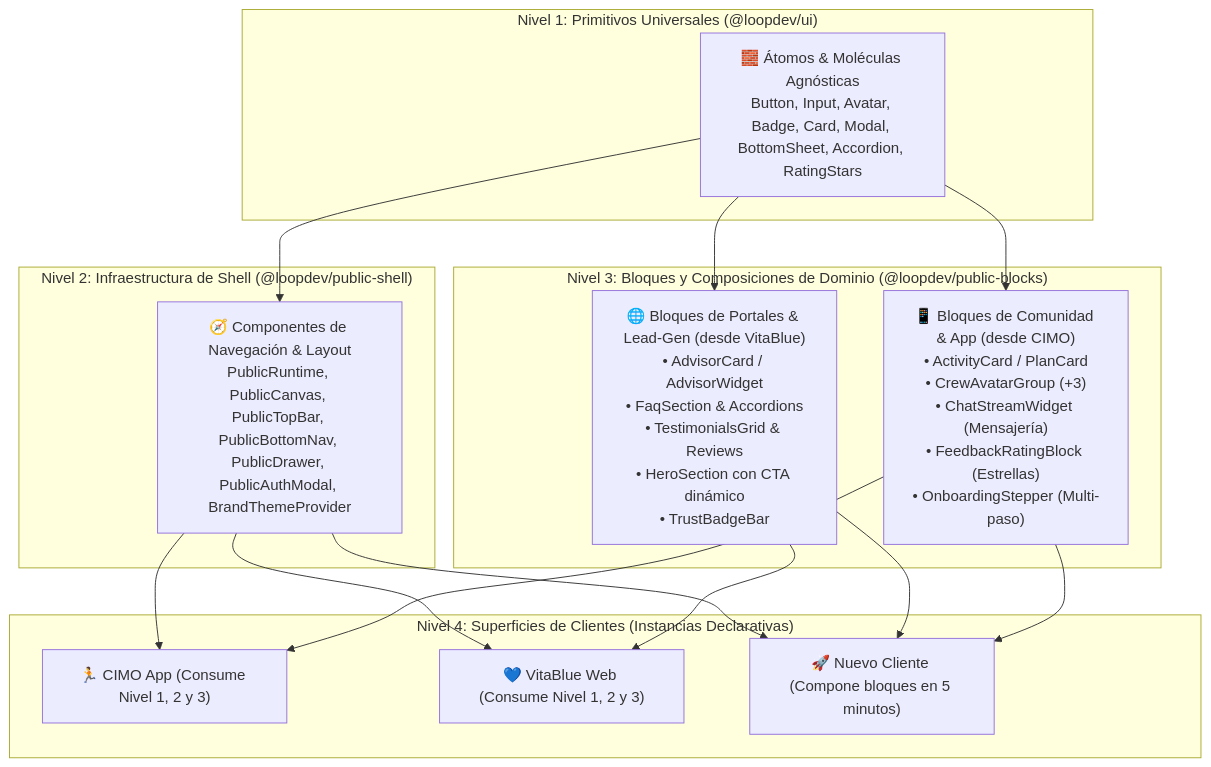
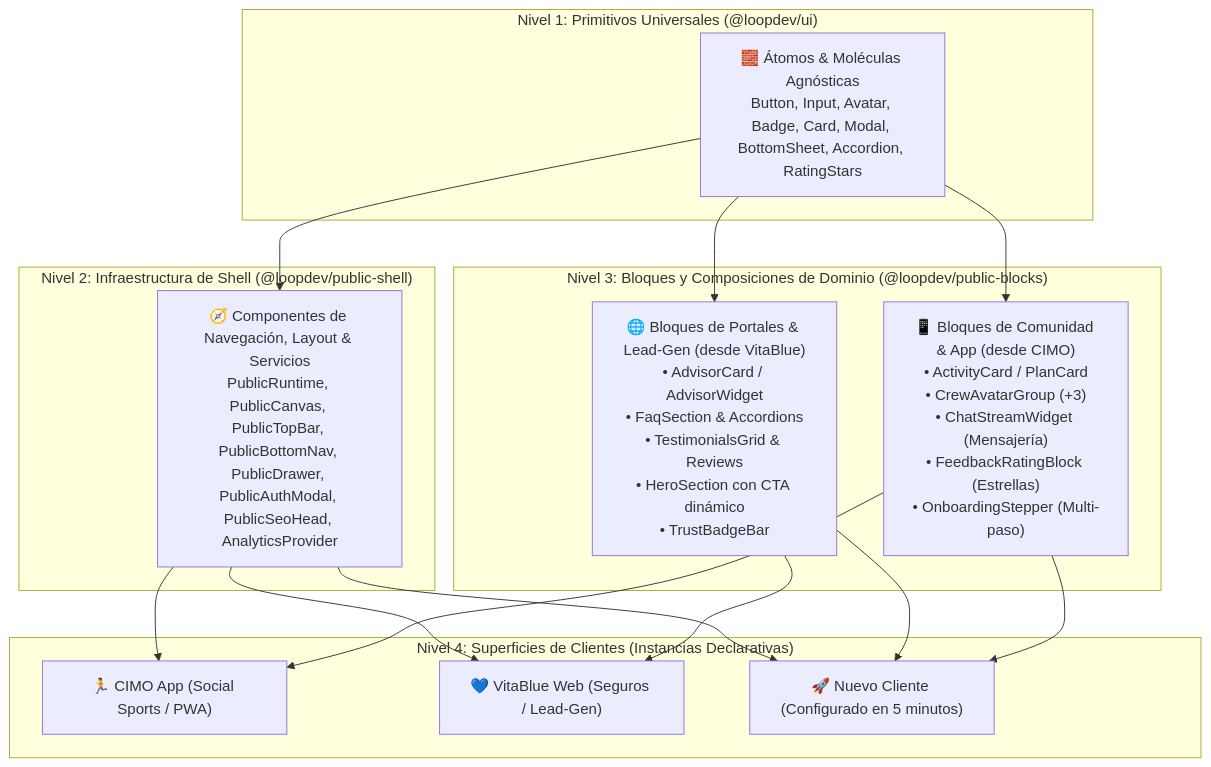
One commit to minoveaz/loopdev changed the diagram in tracks/active/platform/2026-08-28-public-shell-foundation.md. Above: the diagram before and after it, drawn with Mermaid. The commit also changed other lines of this file and 1 other file, not shown here.

Commit message:
docs(tracks): expand public-shell track with SEO, Telemetry, GA4, Google Ads and Lighthouse audit specs

````diff
--- a/tracks/active/platform/2026-08-28-public-shell-foundation.md
+++ b/tracks/active/platform/2026-08-28-public-shell-foundation.md
@@ -36,32 +38,32 @@
 ```mermaid
 graph TD
     subgraph "Nivel 1: Primitivos Universales (@loopdev/ui)"
         ATOMS["🧱 Átomos & Moléculas Agnósticas<br>Button, Input, Avatar, Badge, Card, Modal, BottomSheet, Accordion, RatingStars"]
     end
 
     subgraph "Nivel 2: Infraestructura de Shell (@loopdev/public-shell)"
-        SHELL_COMPS["🧭 Componentes de Navegación & Layout<br>PublicRuntime, PublicCanvas, PublicTopBar, PublicBottomNav, PublicDrawer, PublicAuthModal, BrandThemeProvider"]
+        SHELL_COMPS["🧭 Componentes de Navegación, Layout & Servicios<br>PublicRuntime, PublicCanvas, PublicTopBar, PublicBottomNav, PublicDrawer, PublicAuthModal, PublicSeoHead, AnalyticsProvider"]
     end
 
     subgraph "Nivel 3: Bloques y Composiciones de Dominio (@loopdev/public-blocks)"
         VITA_BLOCKS["🌐 Bloques de Portales & Lead-Gen (desde VitaBlue)<br>• AdvisorCard / AdvisorWidget<br>• FaqSection & Accordions<br>• TestimonialsGrid & Reviews<br>• HeroSection con CTA dinámico<br>• TrustBadgeBar"]
         CIMO_BLOCKS["📱 Bloques de Comunidad & App (desde CIMO)<br>• ActivityCard / PlanCard<br>• CrewAvatarGroup (+3)<br>• ChatStreamWidget (Mensajería)<br>• FeedbackRatingBlock (Estrellas)<br>• OnboardingStepper (Multi-paso)"]
     end
 
     subgraph "Nivel 4: Superficies de Clientes (Instancias Declarativas)"
-        CIMO_APP["🏃 CIMO App (Consume Nivel 1, 2 y 3)"]
-        VITA_APP["💙 VitaBlue Web (Consume Nivel 1, 2 y 3)"]
-        FUTURO_APP["🚀 Nuevo Cliente (Compone bloques en 5 minutos)"]
+        CIMO_APP["🏃 CIMO App (Social Sports / PWA)"]
+        VITA_APP["💙 VitaBlue Web (Seguros / Lead-Gen)"]
+        FUTURO_APP["🚀 Nuevo Cliente (Configurado en 5 minutos)"]
     end
 
     ATOMS --> SHELL_COMPS
     ATOMS --> VITA_BLOCKS
     ATOMS --> CIMO_BLOCKS
     SHELL_COMPS --> CIMO_APP
     SHELL_COMPS --> VITA_APP
     SHELL_COMPS --> FUTURO_APP
     VITA_BLOCKS --> VITA_APP
     VITA_BLOCKS --> FUTURO_APP
     CIMO_BLOCKS --> CIMO_APP
     CIMO_BLOCKS --> FUTURO_APP
 ```
````
